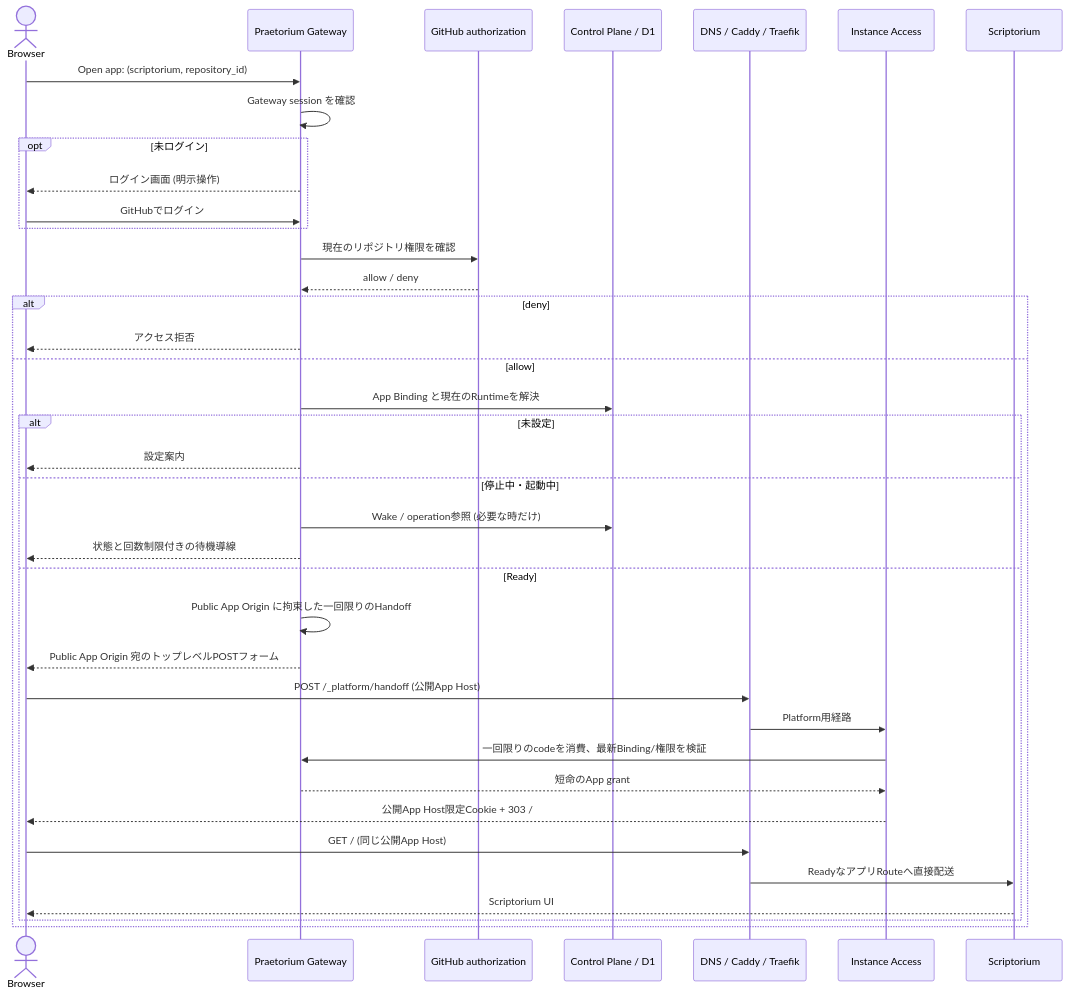
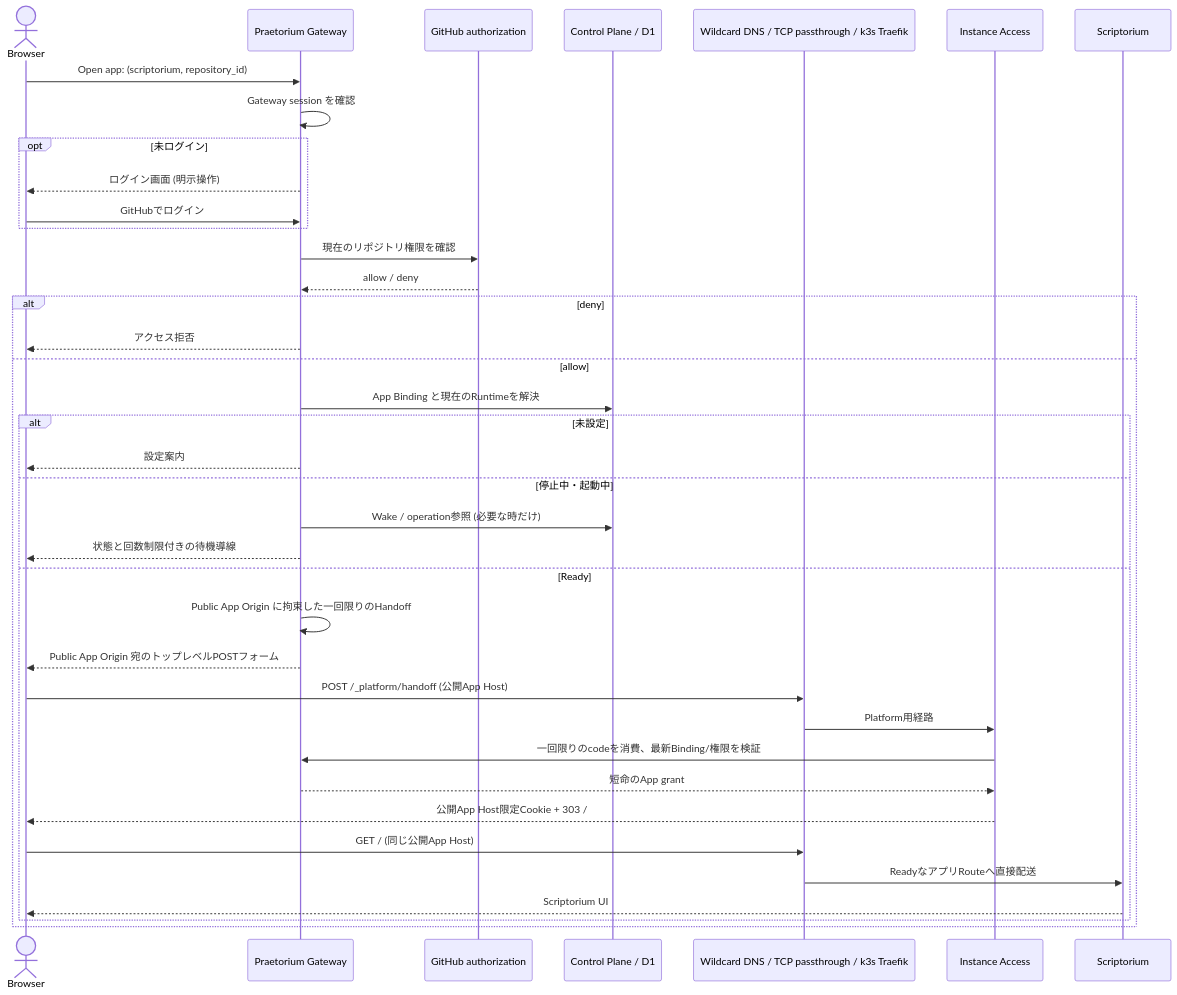
The second of 4 diagrams in docs/architecture/APPLICATION-ORIGINS.md (yohn-jp/praetorium), drawn with Mermaid before and after one commit. The commit also changed other lines of this file and 4 other files, not shown here.

Commit message:
docs: align static wildcard DNS, k3s TLS and owner-operated Caddy

````diff
--- a/docs/architecture/APPLICATION-ORIGINS.md
+++ b/docs/architecture/APPLICATION-ORIGINS.md
@@ -75,40 +74,40 @@
 ```mermaid
 sequenceDiagram
     actor U as Browser
     participant G as Praetorium Gateway
     participant GH as GitHub authorization
     participant CP as Control Plane / D1
-    participant DNS as DNS / Caddy / Traefik
+    participant DNS as Wildcard DNS / TCP passthrough / k3s Traefik
     participant IA as Instance Access
     participant S as Scriptorium
     U->>G: Open app: (scriptorium, repository_id)
     G->>G: Gateway session を確認
     opt 未ログイン
         G-->>U: ログイン画面 (明示操作)
         U->>G: GitHubでログイン
     end
     G->>GH: 現在のリポジトリ権限を確認
     GH-->>G: allow / deny
     alt deny
         G-->>U: アクセス拒否
     else allow
         G->>CP: App Binding と現在のRuntimeを解決
         alt 未設定
             G-->>U: 設定案内
         else 停止中・起動中
             G->>CP: Wake / operation参照 (必要な時だけ)
             G-->>U: 状態と回数制限付きの待機導線
         else Ready
             G->>G: Public App Origin に拘束した一回限りのHandoff
             G-->>U: Public App Origin 宛のトップレベルPOSTフォーム
             U->>DNS: POST /_platform/handoff (公開App Host)
             DNS->>IA: Platform用経路
             IA->>G: 一回限りのcodeを消費、最新Binding/権限を検証
             G-->>IA: 短命のApp grant
             IA-->>U: 公開App Host限定Cookie + 303 /
             U->>DNS: GET / (同じ公開App Host)
             DNS->>S: ReadyなアプリRouteへ直接配送
             S-->>U: Scriptorium UI
         end
     end
 ```
````
